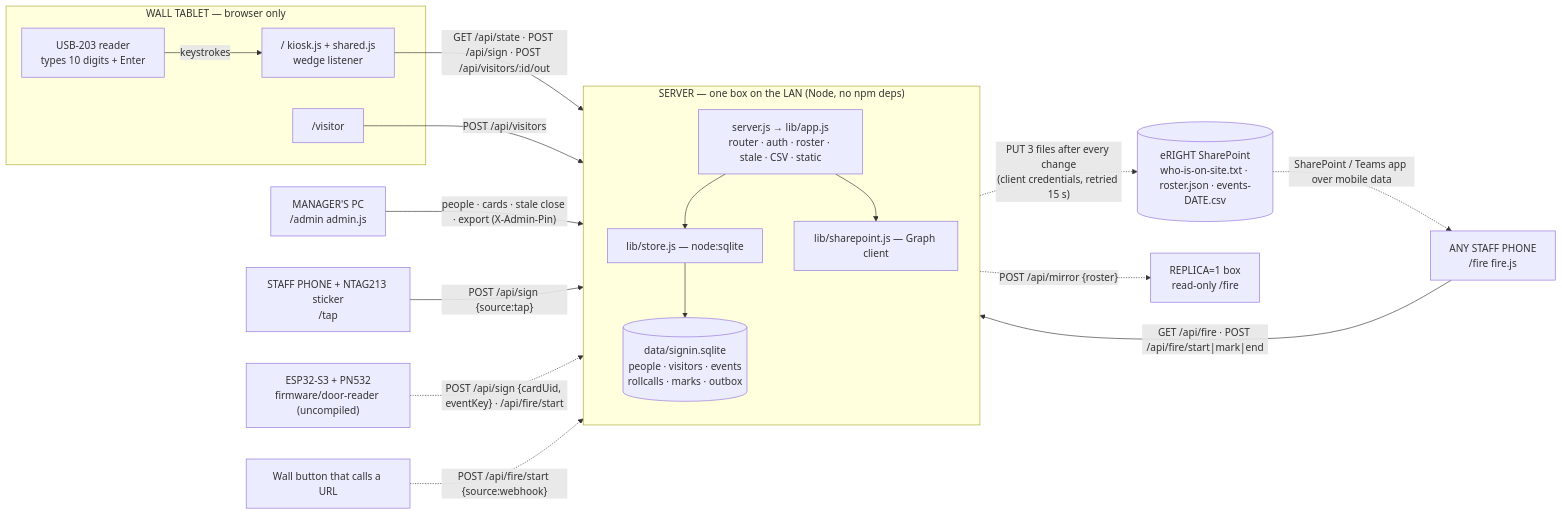
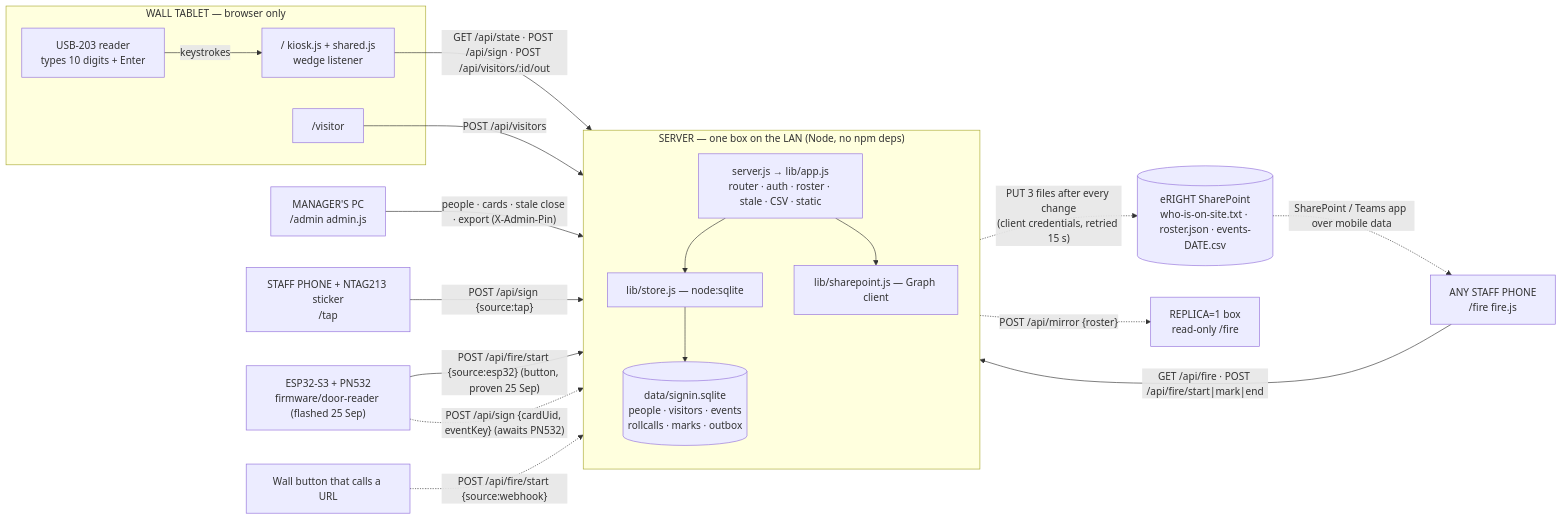
The diagram in README.md (otherlands/SigninApp), drawn with Mermaid before and after one commit. The commit also changed other lines of this file, not shown here.

Commit message:
README: ESP32 door reader - flash recipe, healthy boot log, LED table, tests done 2026-09-25 (button proven live), history rows, diagram arrows

````diff
--- a/README.md
+++ b/README.md
@@ -302,36 +362,37 @@
 ```mermaid
 flowchart LR
   subgraph SERVER["SERVER — one box on the LAN (Node, no npm deps)"]
     direction TB
     APP["server.js → lib/app.js<br/>router · auth · roster · stale · CSV · static"]
     STORE["lib/store.js — node:sqlite"]
     DB[("data/signin.sqlite<br/>people · visitors · events<br/>rollcalls · marks · outbox")]
     SP["lib/sharepoint.js — Graph client"]
     APP --> STORE --> DB
     APP --> SP
   end
   subgraph TABLET["WALL TABLET — browser only"]
     KIOSK["/  kiosk.js + shared.js<br/>wedge listener"]
     VIS["/visitor"]
     USB203["USB-203 reader<br/>types 10 digits + Enter"]
     USB203 -- keystrokes --> KIOSK
   end
   PHONE["ANY STAFF PHONE<br/>/fire  fire.js"]
   ADMINPC["MANAGER'S PC<br/>/admin  admin.js"]
   TAP["STAFF PHONE + NTAG213 sticker<br/>/tap"]
   SHAREPOINT[("eRIGHT SharePoint<br/>who-is-on-site.txt · roster.json · events-DATE.csv")]
-  ESP["ESP32-S3 + PN532<br/>firmware/door-reader (uncompiled)"]
+  ESP["ESP32-S3 + PN532<br/>firmware/door-reader (flashed 25 Sep)"]
   BTN["Wall button that calls a URL"]
   MIRROR["REPLICA=1 box<br/>read-only /fire"]
 
   KIOSK -- "GET /api/state · POST /api/sign · POST /api/visitors/:id/out" --> APP
   VIS -- "POST /api/visitors" --> APP
   PHONE -- "GET /api/fire · POST /api/fire/start|mark|end" --> APP
   ADMINPC -- "people · cards · stale close · export (X-Admin-Pin)" --> APP
   TAP -- "POST /api/sign {source:tap}" --> APP
   SP -. "PUT 3 files after every change<br/>(client credentials, retried 15 s)" .-> SHAREPOINT
   SHAREPOINT -. "SharePoint / Teams app over mobile data" .-> PHONE
-  ESP -. "POST /api/sign {cardUid, eventKey} · /api/fire/start" .-> APP
+  ESP -- "POST /api/fire/start {source:esp32} (button, proven 25 Sep)" --> APP
+  ESP -. "POST /api/sign {cardUid, eventKey} (awaits PN532)" .-> APP
   BTN -. "POST /api/fire/start {source:webhook}" .-> APP
   APP -. "POST /api/mirror {roster}" .-> MIRROR
 ```
````
